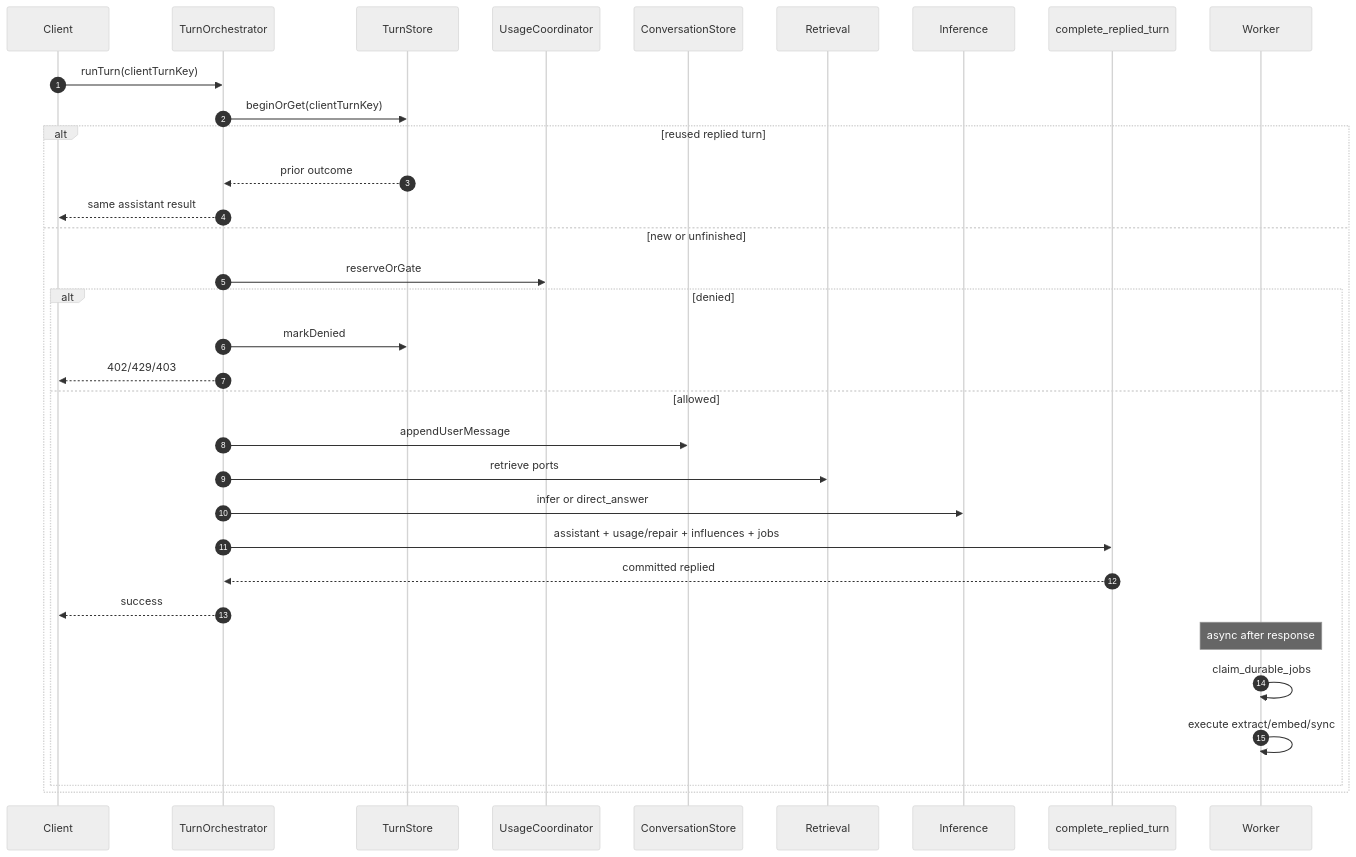
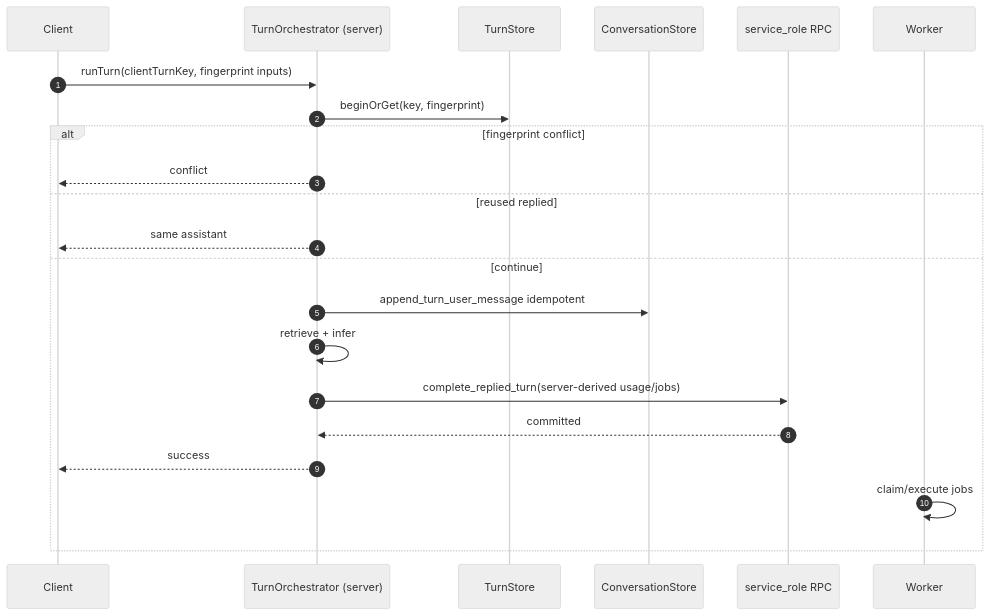
The second of 4 diagrams in docs/memory-system/09-technical-design.md (NicolVii/ContextVault), drawn with Mermaid (neutral theme) before and after one commit. The commit also changed other lines of this file, not shown here.

First line of the commit message:
docs: correct Stage 9 trust boundaries and schema consistency

````diff
--- a/docs/memory-system/09-technical-design.md
+++ b/docs/memory-system/09-technical-design.md
@@ -1614,36 +1029,25 @@
 ```mermaid
 sequenceDiagram
   autonumber
   participant C as Client
-  participant TO as TurnOrchestrator
+  participant TO as TurnOrchestrator (server)
   participant TS as TurnStore
-  participant Gate as UsageCoordinator
   participant CS as ConversationStore
-  participant RS as Retrieval
-  participant IG as Inference
-  participant RPC as complete_replied_turn
+  participant SR as service_role RPC
   participant W as Worker
 
-  C->>TO: runTurn(clientTurnKey)
-  TO->>TS: beginOrGet(clientTurnKey)
-  alt reused replied turn
-    TS-->>TO: prior outcome
-    TO-->>C: same assistant result
-  else new or unfinished
-    TO->>Gate: reserveOrGate
-    alt denied
-      TO->>TS: markDenied
-      TO-->>C: 402/429/403
-    else allowed
-      TO->>CS: appendUserMessage
-      TO->>RS: retrieve ports
-      TO->>IG: infer or direct_answer
-      TO->>RPC: assistant + usage/repair + influences + jobs
-      RPC-->>TO: committed replied
-      TO-->>C: success
-      Note over W: async after response
-      W->>W: claim_durable_jobs
-      W->>W: execute extract/embed/sync
-    end
+  C->>TO: runTurn(clientTurnKey, fingerprint inputs)
+  TO->>TS: beginOrGet(key, fingerprint)
+  alt fingerprint conflict
+    TO-->>C: conflict
+  else reused replied
+    TO-->>C: same assistant
+  else continue
+    TO->>CS: append_turn_user_message idempotent
+    TO->>TO: retrieve + infer
+    TO->>SR: complete_replied_turn(server-derived usage/jobs)
+    SR-->>TO: committed
+    TO-->>C: success
+    W->>W: claim/execute jobs
   end
 ```
````
